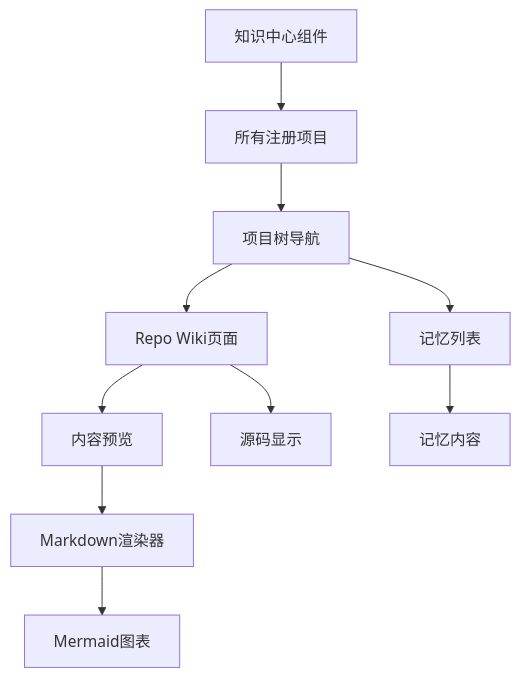
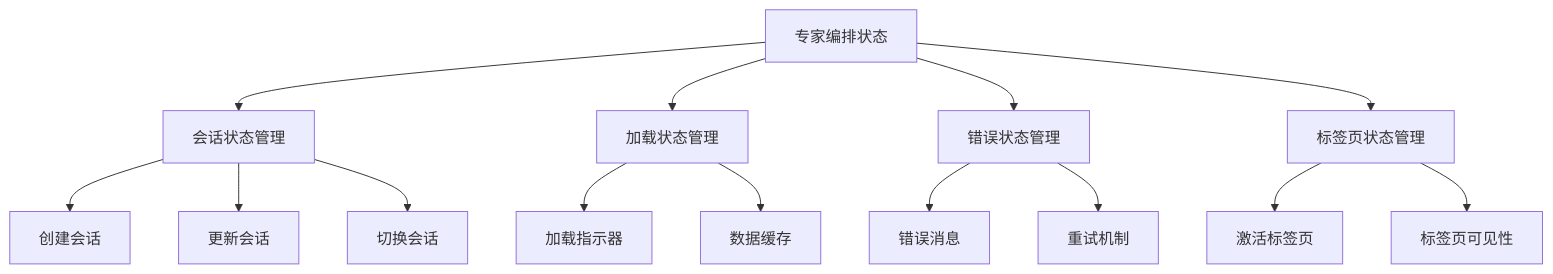
Diagram 15 of 22 in .qoder/repowiki/zh/content/Web 前端应用/Web 前端应用.md (coconilu/RepoHelm), drawn with Mermaid before and after one commit. The commit also changed other lines of this file and 14 other files, not shown here.

````diff
--- a/.qoder/repowiki/zh/content/Web 前端应用/Web 前端应用.md
+++ b/.qoder/repowiki/zh/content/Web 前端应用/Web 前端应用.md
@@ -670,12 +1063,16 @@
 ```mermaid
 flowchart TD
-KnowledgeCenter["知识中心组件"] --> AllProjects["所有注册项目"]
-AllProjects --> ProjectTree["项目树导航"]
-ProjectTree --> WikiPages["Repo Wiki页面"]
-WikiPages --> ContentPreview["内容预览"]
-WikiPages --> ContentCode["源码显示"]
-ProjectTree --> MemoryList["记忆列表"]
-MemoryList --> MemoryContent["记忆内容"]
-ContentPreview --> MarkdownRenderer["Markdown渲染器"]
-MarkdownRenderer --> MermaidCharts["Mermaid图表"]
+ExpertState["专家编排状态"] --> SessionState["会话状态管理"]
+ExpertState --> LoadingState["加载状态管理"]
+ExpertState --> ErrorState["错误状态管理"]
+ExpertState --> TabState["标签页状态管理"]
+SessionState --> CreateSession["创建会话"]
+SessionState --> UpdateSession["更新会话"]
+SessionState --> SwitchSession["切换会话"]
+LoadingState --> LoadingIndicator["加载指示器"]
+LoadingState --> DataCache["数据缓存"]
+ErrorState --> ErrorMessage["错误消息"]
+ErrorState --> RetryMechanism["重试机制"]
+TabState --> ActiveTab["激活标签页"]
+TabState --> TabVisibility["标签页可见性"]
 ```
````
